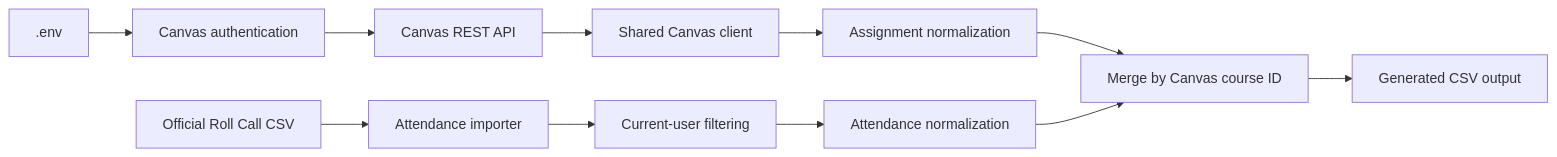
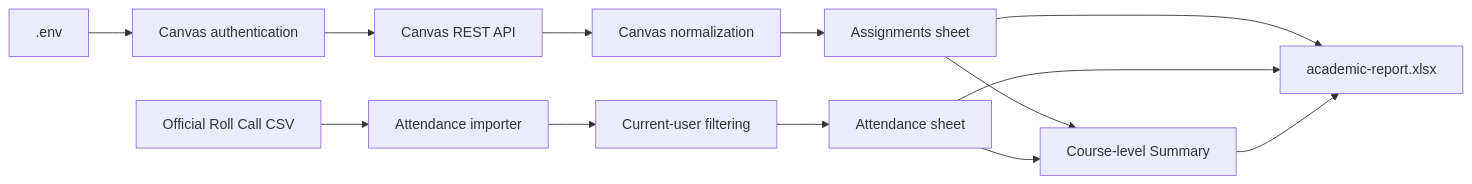
The diagram in docs/academic-pipeline.md (Syris-EkzD/Canvas-Guardian), drawn with Mermaid before and after one commit. The commit also changed other lines of this file and 9 other files, not shown here.

Commit message:
refactor: separate academic report datasets

````diff
--- a/docs/academic-pipeline.md
+++ b/docs/academic-pipeline.md
@@ -5,15 +5,18 @@
 ```mermaid
 flowchart LR
     Env[.env] --> Auth[Canvas authentication]
     Auth --> API[Canvas REST API]
-    API --> Client[Shared Canvas client]
-    Client --> Assignments[Assignment normalization]
+    API --> Canvas[Canvas normalization]
+    Canvas --> Assignments[Assignments sheet]
 
     RollCall[Official Roll Call CSV] --> Importer[Attendance importer]
     Importer --> Filter[Current-user filtering]
-    Filter --> Normalize[Attendance normalization]
+    Filter --> Attendance[Attendance sheet]
 
-    Assignments --> Merge[Merge by Canvas course ID]
-    Normalize --> Merge
-    Merge --> Output[Generated CSV output]
+    Assignments --> Summary[Course-level Summary]
+    Attendance --> Summary
+
+    Assignments --> Output[academic-report.xlsx]
+    Attendance --> Output
+    Summary --> Output
 ```
````
